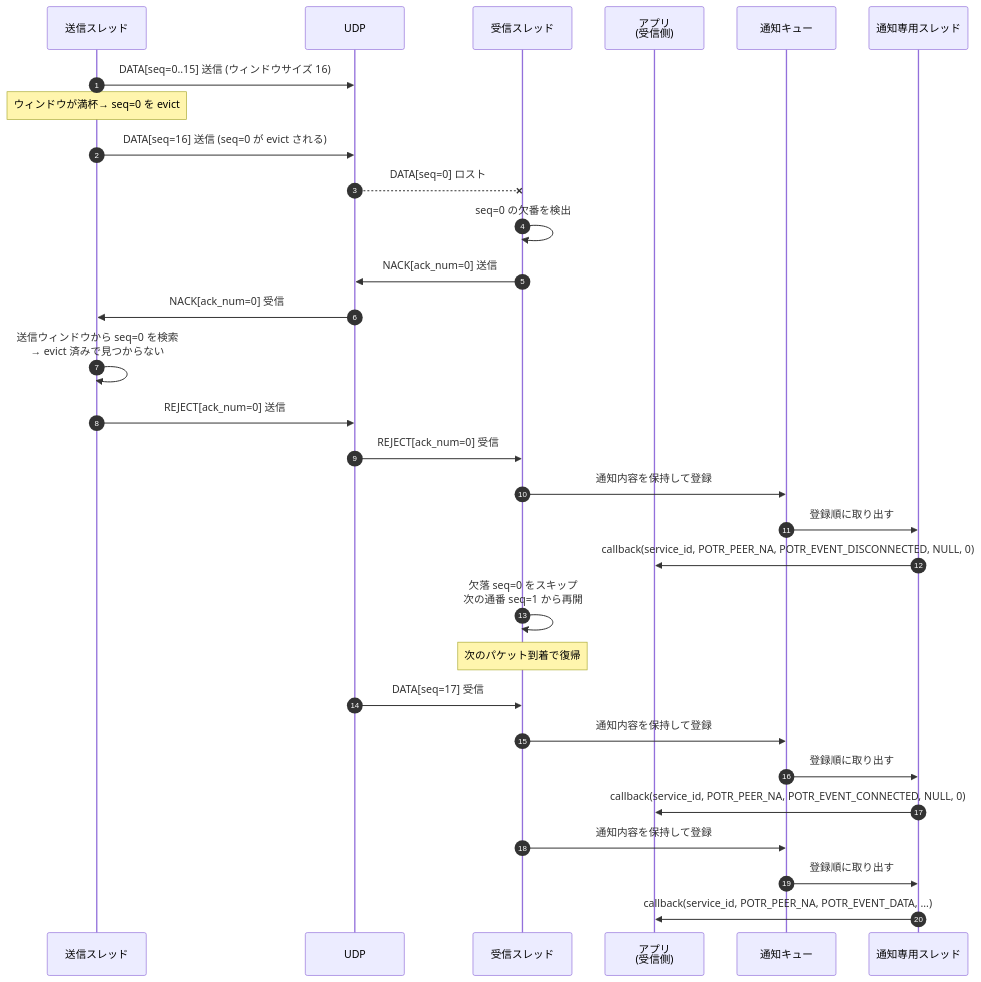
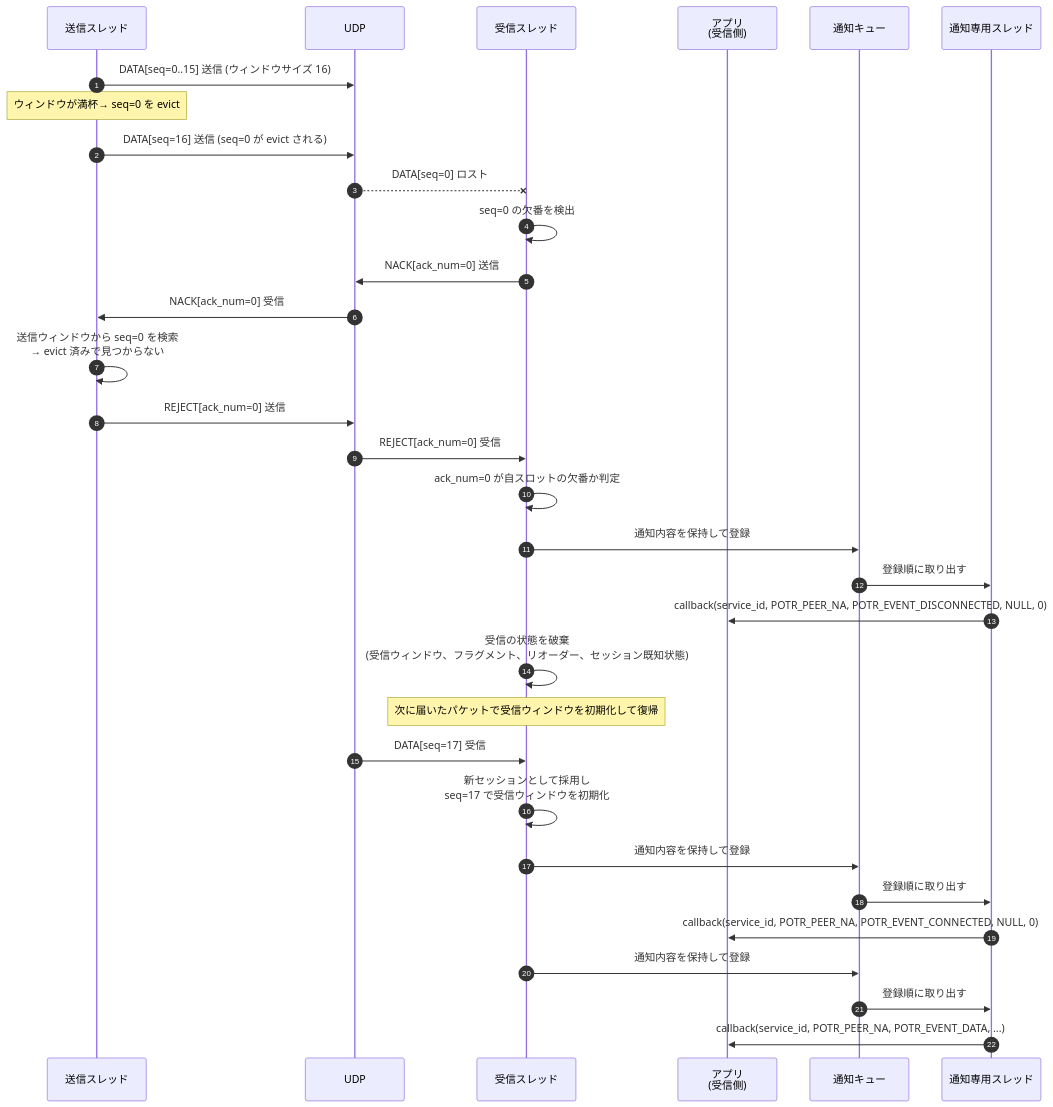
The seventh of 10 diagrams in docs/sequence-data.md (Hondarer/app_porter), drawn with Mermaid before and after one commit. The commit also changed 14 other files, not shown here.

````diff
--- a/docs/sequence-data.md
+++ b/docs/sequence-data.md
@@ -264,43 +264,45 @@
 ```mermaid
 sequenceDiagram
     autonumber
     participant ST as 送信スレッド
     participant UDP as UDP
     participant RRT as 受信スレッド
     participant RAPP as アプリ<br>(受信側)
     participant NQ as 通知キュー
     participant NT as 通知専用スレッド
 
     ST->>UDP: DATA[seq=0..15] 送信 (ウィンドウサイズ 16)
 
     Note over ST: ウィンドウが満杯→ seq=0 を evict
 
     ST->>UDP: DATA[seq=16] 送信 (seq=0 が evict される)
 
     UDP--xRRT: DATA[seq=0] ロスト
 
     RRT->>RRT: seq=0 の欠番を検出
     RRT->>UDP: NACK[ack_num=0] 送信
 
     UDP->>ST: NACK[ack_num=0] 受信
     ST->>ST: 送信ウィンドウから seq=0 を検索<br>→ evict 済みで見つからない
 
     ST->>UDP: REJECT[ack_num=0] 送信
 
     UDP->>RRT: REJECT[ack_num=0] 受信
+    RRT->>RRT: ack_num=0 が自スロットの欠番か判定
 
     RRT->>NQ: 通知内容を保持して登録
     NQ->>NT: 登録順に取り出す
     NT->>RAPP: callback(service_id, POTR_PEER_NA, POTR_EVENT_DISCONNECTED, NULL, 0)
-    RRT->>RRT: 欠落 seq=0 をスキップ<br>次の通番 seq=1 から再開
+    RRT->>RRT: 受信の状態を破棄<br>(受信ウィンドウ、フラグメント、リオーダー、セッション既知状態)
 
-    Note over RRT: 次のパケット到着で復帰
+    Note over RRT: 次に届いたパケットで受信ウィンドウを初期化して復帰
 
     UDP->>RRT: DATA[seq=17] 受信
+    RRT->>RRT: 新セッションとして採用し<br>seq=17 で受信ウィンドウを初期化
     RRT->>NQ: 通知内容を保持して登録
     NQ->>NT: 登録順に取り出す
     NT->>RAPP: callback(service_id, POTR_PEER_NA, POTR_EVENT_CONNECTED, NULL, 0)
     RRT->>NQ: 通知内容を保持して登録
     NQ->>NT: 登録順に取り出す
     NT->>RAPP: callback(service_id, POTR_PEER_NA, POTR_EVENT_DATA, ...)
 ```
````
